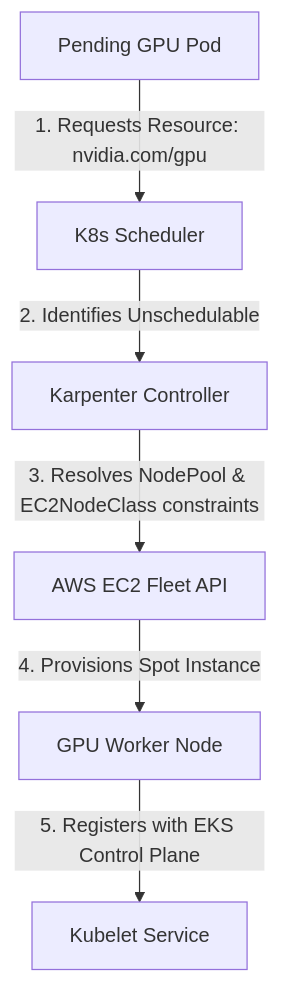
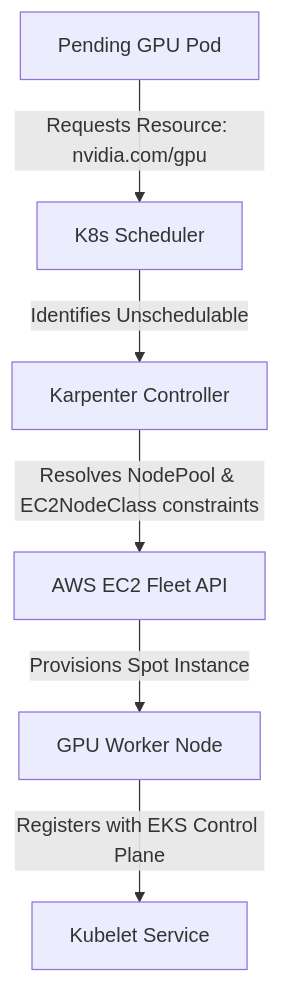
The diagram in docs/labs/01-gpu-node-provisioning.md (ok-karthik/ai-infrastructure-on-eks), drawn with Mermaid before and after one commit. The commit also changed other lines of this file and 17 other files, not shown here.

````diff
--- a/docs/labs/01-gpu-node-provisioning.md
+++ b/docs/labs/01-gpu-node-provisioning.md
@@ -10,8 +10,8 @@
 ```mermaid
 graph TD
-    Pod[Pending GPU Pod] -->|1. Requests Resource: nvidia.com/gpu| Scheduler[K8s Scheduler]
-    Scheduler -->|2. Identifies Unschedulable| Karp[Karpenter Controller]
-    Karp -->|3. Resolves NodePool & EC2NodeClass constraints| Fleet[AWS EC2 Fleet API]
-    Fleet -->|4. Provisions Spot Instance| Node[GPU Worker Node]
-    Node -->|5. Registers with EKS Control Plane| Kubelet[Kubelet Service]
+    Pod[Pending GPU Pod] -->|Requests Resource: nvidia.com/gpu| Scheduler[K8s Scheduler]
+    Scheduler -->|Identifies Unschedulable| Karp[Karpenter Controller]
+    Karp -->|Resolves NodePool & EC2NodeClass constraints| Fleet[AWS EC2 Fleet API]
+    Fleet -->|Provisions Spot Instance| Node[GPU Worker Node]
+    Node -->|Registers with EKS Control Plane| Kubelet[Kubelet Service]
 ```
````
